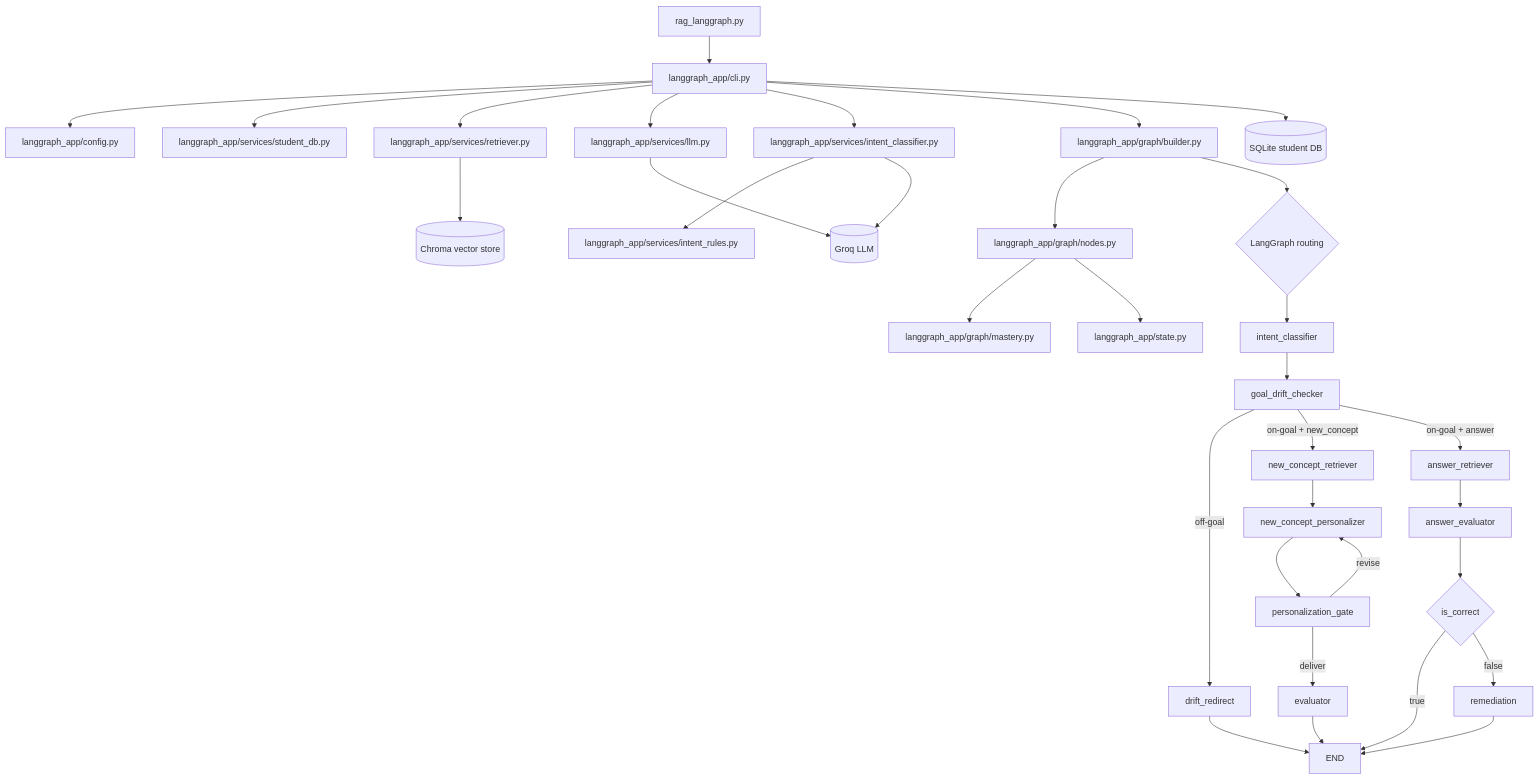
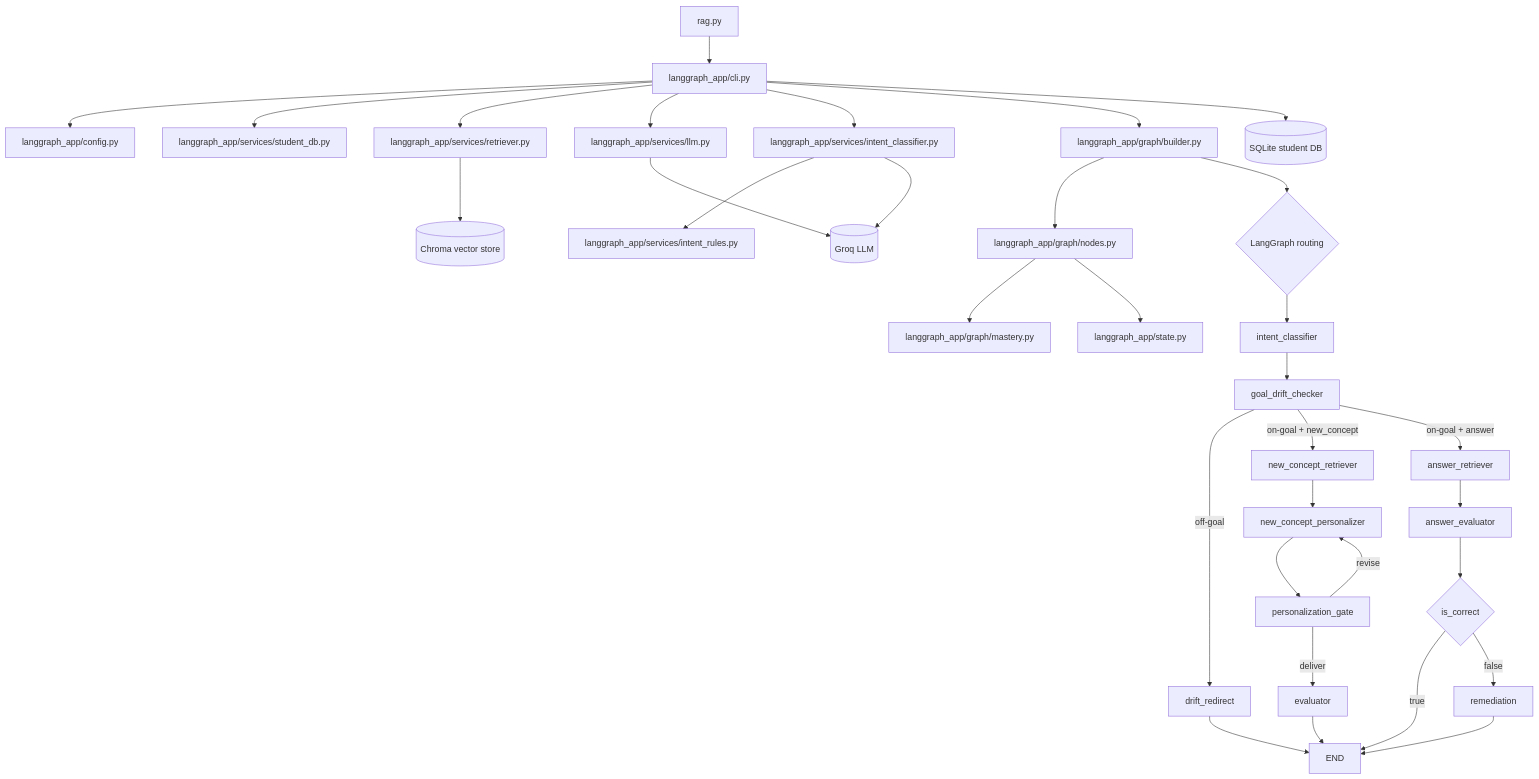
The first of 2 diagrams in docs/FLOW.md (arxhr007/neurolearn), drawn with Mermaid before and after one commit. The commit also changed other lines of this file and 15 other files, not shown here.

````diff
--- a/docs/FLOW.md
+++ b/docs/FLOW.md
@@ -13,37 +13,37 @@
 ```mermaid
 flowchart TD
-    A[rag_langgraph.py] --> B[langgraph_app/cli.py]
+    A[rag.py] --> B[langgraph_app/cli.py]
     B --> C[langgraph_app/config.py]
     B --> D[langgraph_app/services/student_db.py]
     B --> E[langgraph_app/services/retriever.py]
     B --> F[langgraph_app/services/llm.py]
     B --> G[langgraph_app/services/intent_classifier.py]
     G --> H[langgraph_app/services/intent_rules.py]
     B --> I[langgraph_app/graph/builder.py]
     I --> J[langgraph_app/graph/nodes.py]
     J --> J2[langgraph_app/graph/mastery.py]
     J --> K[langgraph_app/state.py]
 
     B --> L[(SQLite student DB)]
     E --> M[(Chroma vector store)]
     F --> N[(Groq LLM)]
     G --> N
 
     I --> O{LangGraph routing}
     O --> P[intent_classifier]
     P --> Q[goal_drift_checker]
     Q -->|off-goal| R[drift_redirect]
     R --> X[END]
     Q -->|on-goal + new_concept| S[new_concept_retriever]
     S --> T[new_concept_personalizer]
     T --> U[personalization_gate]
     U -->|revise| T
     U -->|deliver| V[evaluator]
     V --> X
     Q -->|on-goal + answer| W[answer_retriever]
     W --> Y[answer_evaluator]
     Y --> Z{is_correct}
     Z -->|true| X
     Z -->|false| AA[remediation]
     AA --> X
 ```
````
